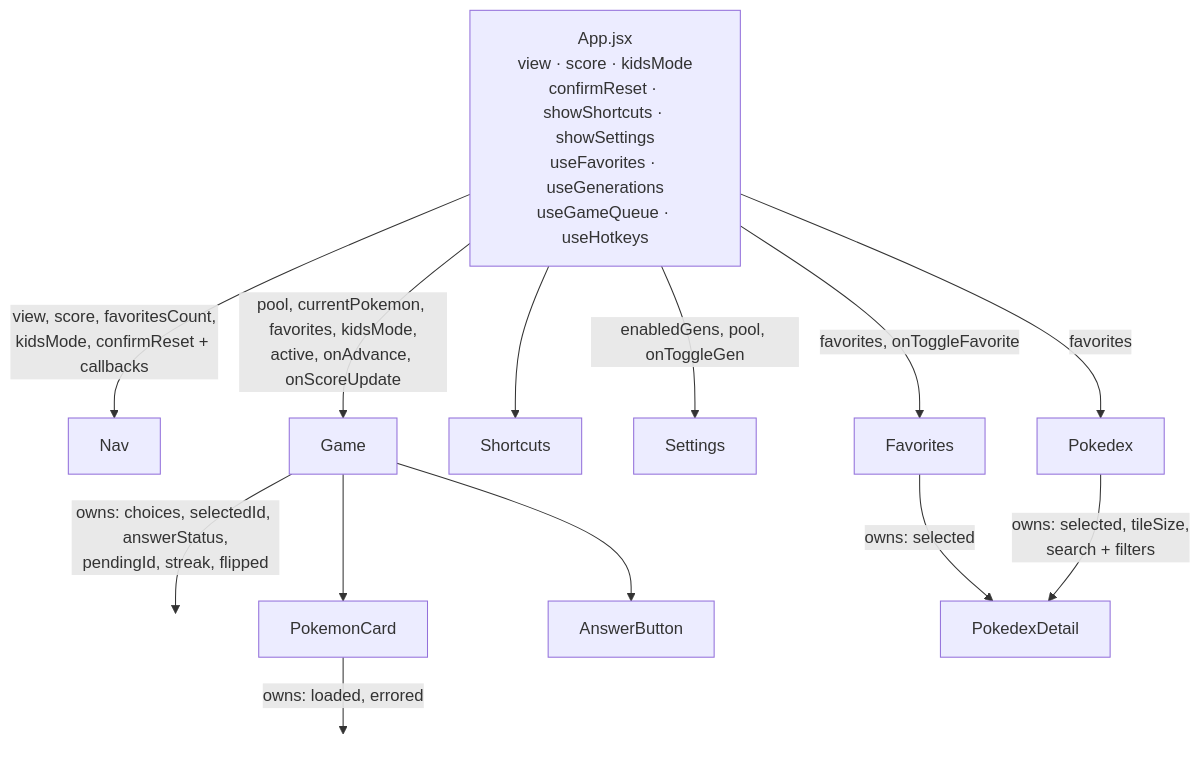
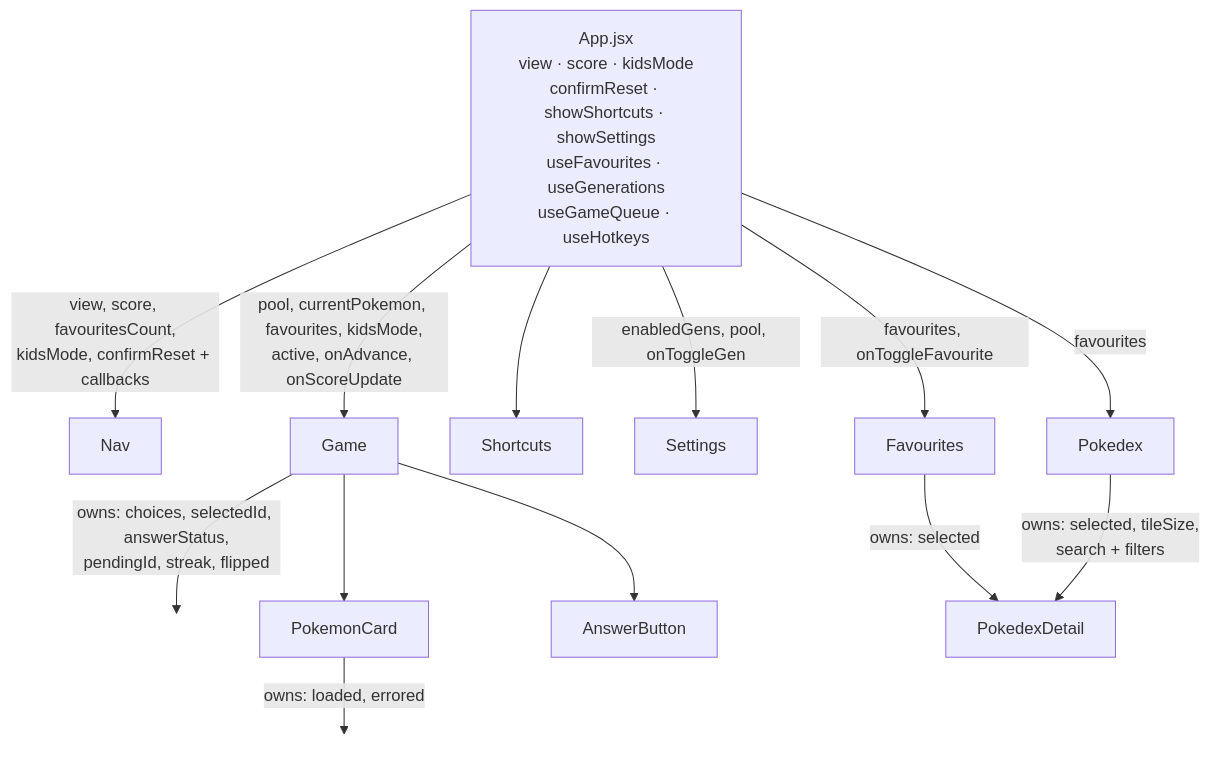
Before and after one commit to shaneo711/pokemon-picker: the first of 2 diagrams in docs/ARCHITECTURE.md, drawn with Mermaid. The commit also changed other lines of this file and 12 other files, not shown here.

````diff
--- a/docs/ARCHITECTURE.md
+++ b/docs/ARCHITECTURE.md
@@ -124,23 +124,23 @@
 ```mermaid
 graph TD
-    App["App.jsx<br/>view · score · kidsMode<br/>confirmReset · showShortcuts · showSettings<br/>useFavorites · useGenerations<br/>useGameQueue · useHotkeys"]
+    App["App.jsx<br/>view · score · kidsMode<br/>confirmReset · showShortcuts · showSettings<br/>useFavourites · useGenerations<br/>useGameQueue · useHotkeys"]
 
-    App -->|view, score, favoritesCount,<br/>kidsMode, confirmReset + callbacks| Nav
-    App -->|pool, currentPokemon, favorites, kidsMode,<br/>active, onAdvance, onScoreUpdate| Game
+    App -->|view, score, favouritesCount,<br/>kidsMode, confirmReset + callbacks| Nav
+    App -->|pool, currentPokemon, favourites, kidsMode,<br/>active, onAdvance, onScoreUpdate| Game
     App --> Shortcuts
     App -->|enabledGens, pool, onToggleGen| Settings
-    App -->|favorites, onToggleFavorite| Favorites
-    App -->|favorites| Pokedex
+    App -->|favourites, onToggleFavourite| Favourites
+    App -->|favourites| Pokedex
 
     Game -->|owns: choices, selectedId, answerStatus,<br/>pendingId, streak, flipped| GameState[" "]
     Game --> PokemonCard
     Game --> AnswerButton
 
     PokemonCard -->|owns: loaded, errored| CardState[" "]
 
-    Favorites -->|owns: selected| PokedexDetail
+    Favourites -->|owns: selected| PokedexDetail
     Pokedex -->|owns: selected, tileSize,<br/>search + filters| PokedexDetail
 
     style GameState fill:none,stroke:none
     style CardState fill:none,stroke:none
 ```
````
